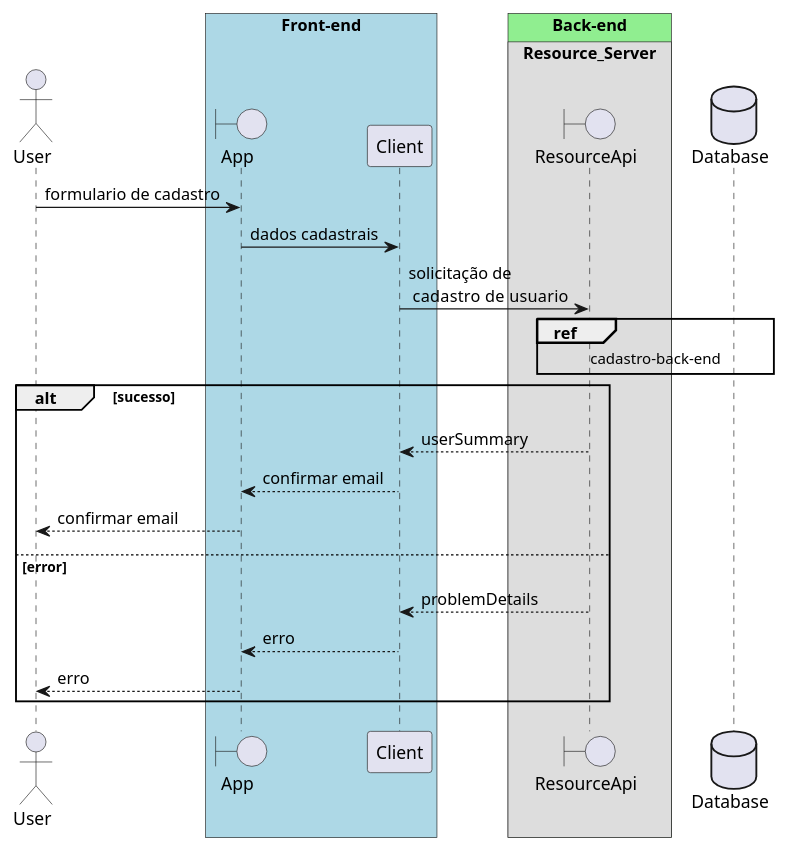
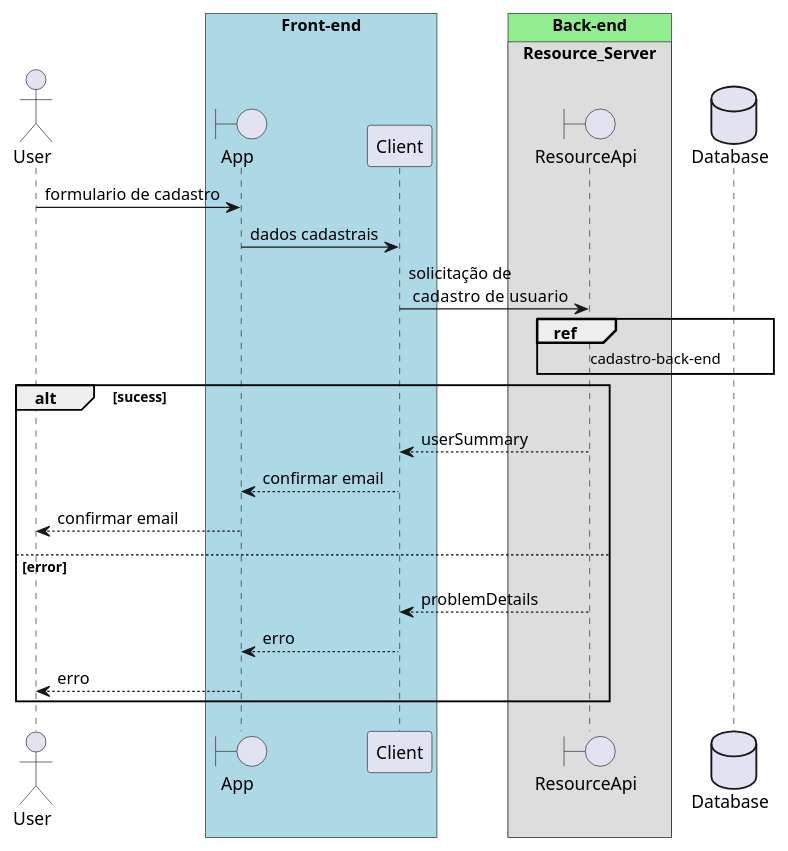
Before and after one commit to TCC-Vertebral-Column-Monitor/doc: the diagram in sequence/cadastro.plantuml, drawn with PlantUML. The commit also changed 2 other files, not shown here.

Commit message:
criando diagrama de calibragem

```diff
--- a/sequence/cadastro.plantuml
+++ b/sequence/cadastro.plantuml
@@ -1,35 +1,27 @@
 @startuml SignUp_sequence
 !pragma teoz true
-
 actor User as user 
-
 box "Front-end" #LightBlue
     boundary App as app
     participant Client as client
 end box 
-
 box "Back-end" #LightGreen
-
     box "Resource_Server"
         boundary ResourceApi  as resource_api   
     end box 
-
 end box 
 database Database as DB
-
 user -> app : formulario de cadastro 
 app -> client : dados cadastrais 
 client -> resource_api: solicitação de \n cadastro  de usuario 
 ref over resource_api, DB:  cadastro-back-end
-alt sucesso 
+alt sucess 
     resource_api --> client: userSummary
     client --> app: confirmar email 
     app --> user : confirmar email 
 else error  
     resource_api --> client: problemDetails
     client --> app : erro
     app --> user: erro
 end
-    
-
 @enduml
```
